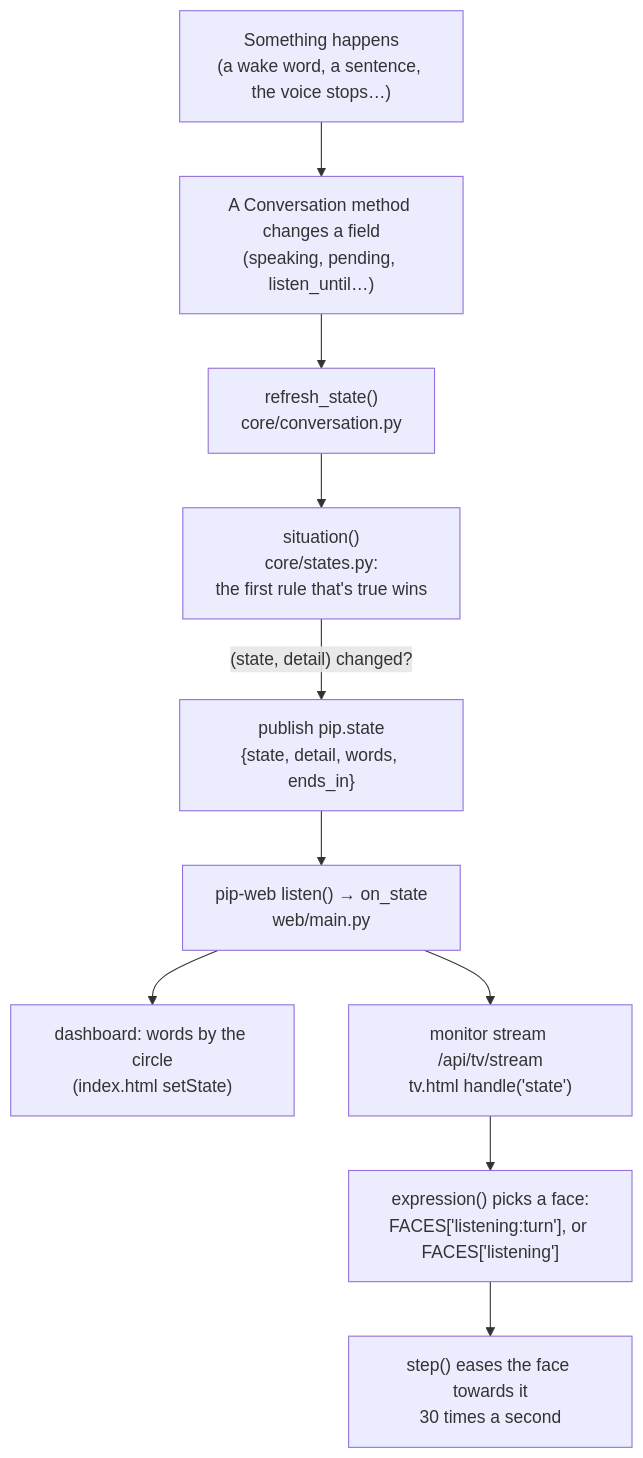
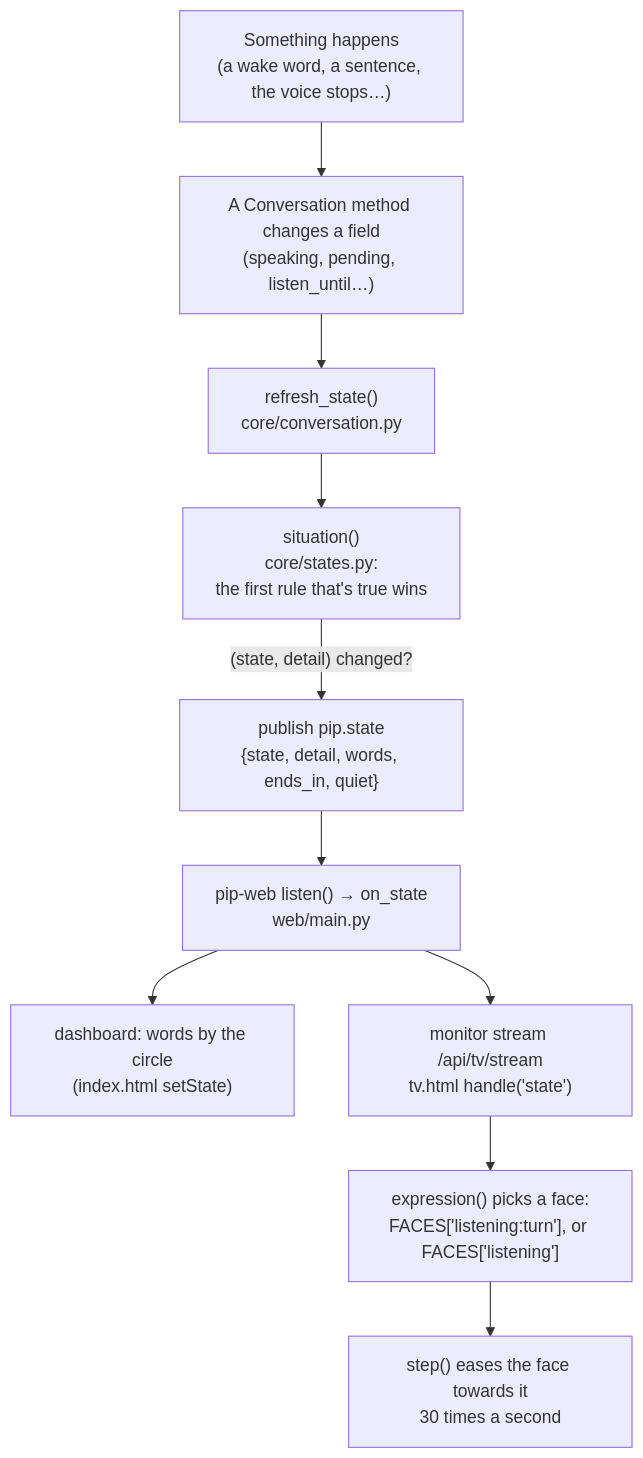
Before and after one commit to LandenHeine17/pip: the second of 3 diagrams in docs/HOW-PIP-WORKS.md, drawn with Mermaid. The commit also changed other lines of this file and 14 other files, not shown here.

````diff
--- a/docs/HOW-PIP-WORKS.md
+++ b/docs/HOW-PIP-WORKS.md
@@ -89,12 +89,12 @@
 ```mermaid
 flowchart TD
   ev["Something happens<br/>(a wake word, a sentence, the voice stops…)"] --> h["A Conversation method changes a field<br/>(speaking, pending, listen_until…)"]
   h --> r["refresh_state()<br/>core/conversation.py"]
   r --> s["situation()<br/>core/states.py:<br/>the first rule that's true wins"]
-  s -->|"(state, detail) changed?"| p["publish pip.state<br/>{state, detail, words, ends_in}"]
+  s -->|"(state, detail) changed?"| p["publish pip.state<br/>{state, detail, words, ends_in, quiet}"]
   p --> w["pip-web listen() → on_state<br/>web/main.py"]
   w --> d["dashboard: words by the circle<br/>(index.html setState)"]
   w --> tv["monitor stream /api/tv/stream<br/>tv.html handle('state')"]
   tv --> e["expression() picks a face:<br/>FACES['listening:turn'], or FACES['listening']"]
   e --> a["step() eases the face towards it<br/>30 times a second"]
 ```
````
